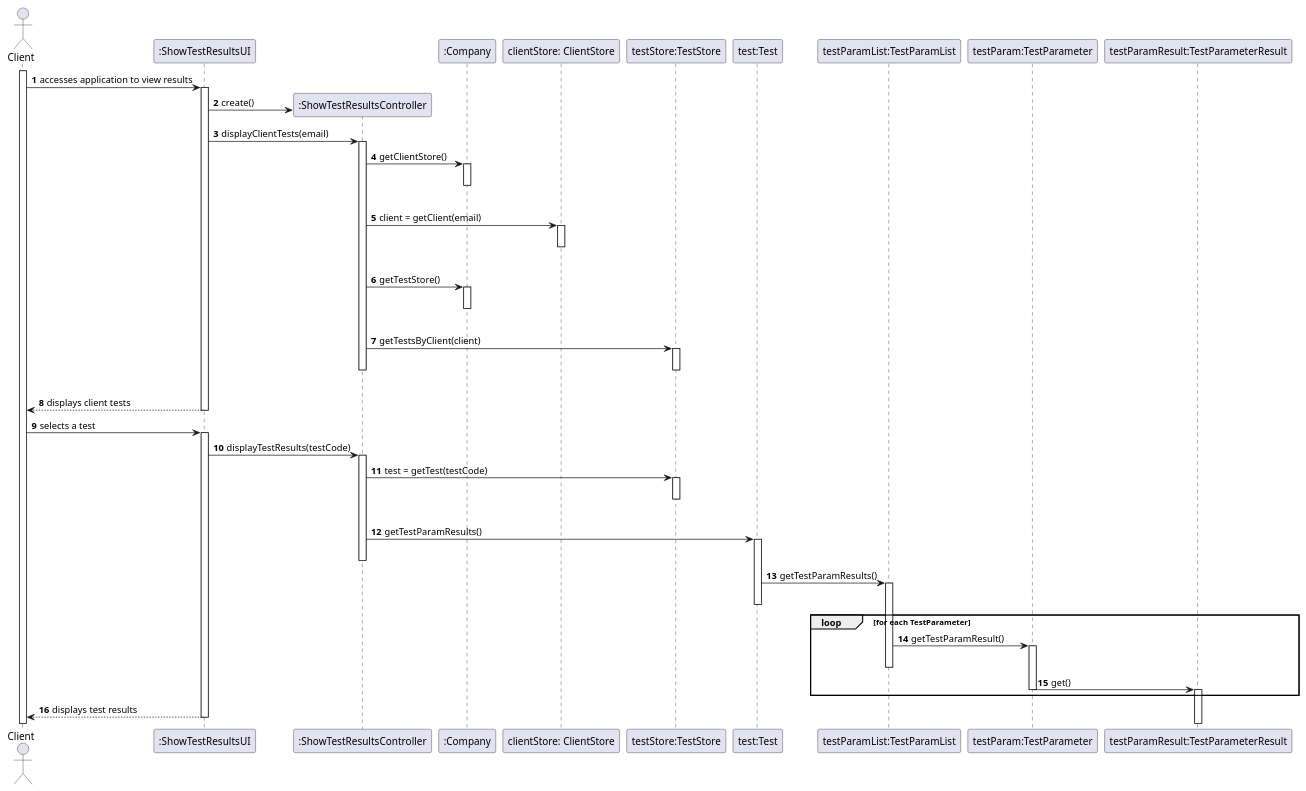
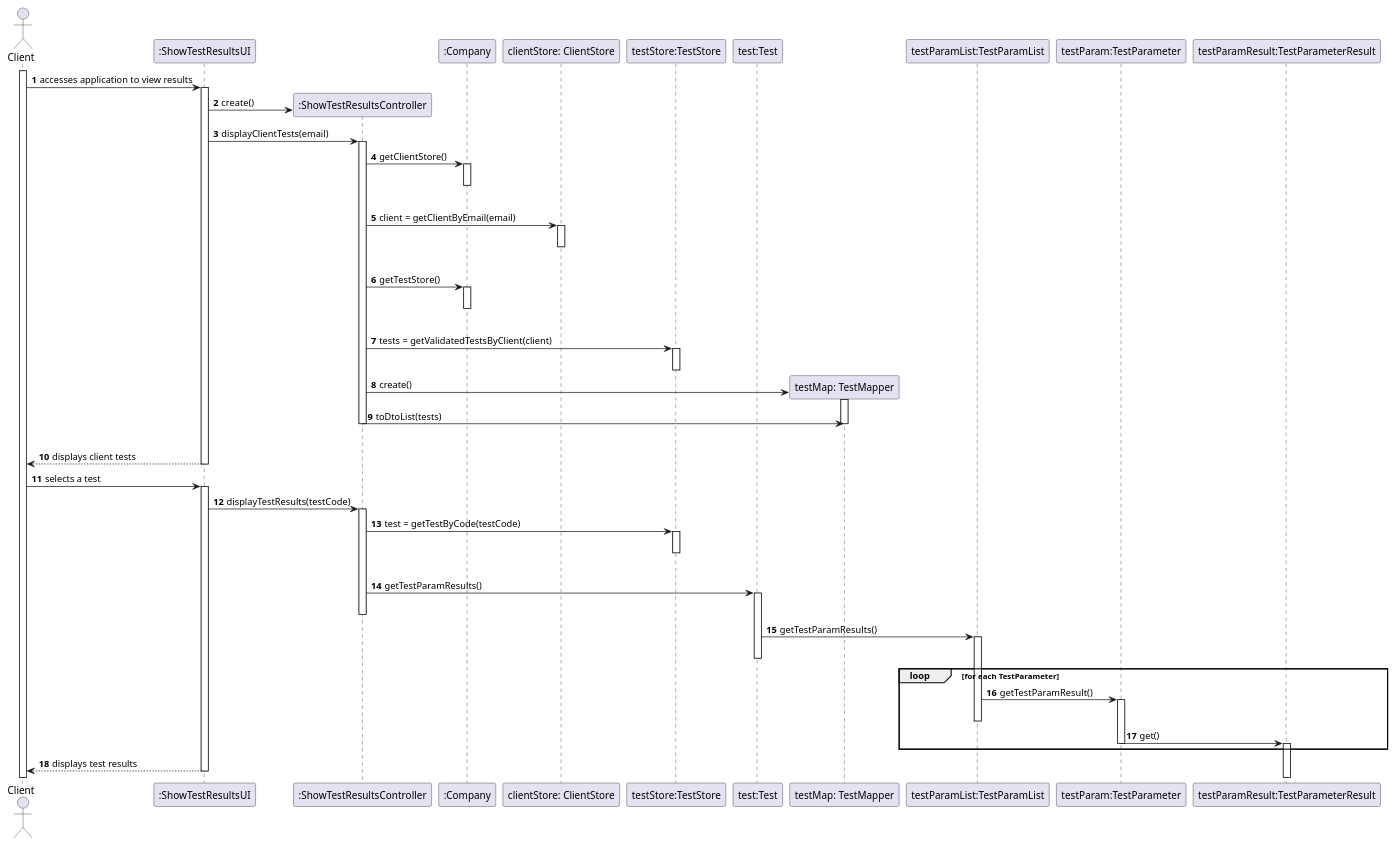
One commit to MadDinosaur/ISEP-LAPR2 changed the diagram in docs/SprintD/US1/US1_SD.puml. Above: the diagram before and after it, drawn with PlantUML. The commit also changed 8 other files, not shown here.

Commit message:
US1 - Code Implementation up until controller

```diff
--- a/docs/SprintD/US1/US1_SD.puml
+++ b/docs/SprintD/US1/US1_SD.puml
@@ -1,66 +1,73 @@
 @startuml
 autonumber
 
 actor Client as cli
 participant ":ShowTestResultsUI" as ui
 participant ":ShowTestResultsController" as controller
 participant ":Company" as company
 participant "clientStore: ClientStore" as cstore
 participant "testStore:TestStore" as tstore
 participant "test:Test" as test
+participant "testMap: TestMapper" as tmap
 participant "testParamList:TestParamList" as testparamls
 participant "testParam:TestParameter" as testparam
 participant "testParamResult:TestParameterResult" as testparamres
 
 activate cli
 cli -> ui : accesses application to view results
 activate ui
 create controller
 ui -> controller : create()
 ui -> controller : displayClientTests(email)
 activate controller
 controller -> company : getClientStore()
 activate company
 |||
 deactivate company
-controller -> cstore : client = getClient(email)
+controller -> cstore : client = getClientByEmail(email)
 activate cstore
 |||
 deactivate cstore
 controller -> company : getTestStore()
 activate company
 |||
 deactivate company
-controller -> tstore : getTestsByClient(client)
+controller -> tstore : tests = getValidatedTestsByClient(client)
 activate tstore
+deactivate tstore
+create tmap
+controller -> tmap : create()
+activate tmap
+controller -> tmap : toDtoList(tests)
+deactivate tmap
 |||
 deactivate tstore
 deactivate controller
 ui --> cli : displays client tests
 deactivate ui
 cli -> ui : selects a test
 activate ui
 ui -> controller : displayTestResults(testCode)
 activate controller
-controller -> tstore : test = getTest(testCode)
+controller -> tstore : test = getTestByCode(testCode)
 activate tstore
 |||
 deactivate tstore
 controller -> test : getTestParamResults()
 activate test
 deactivate controller
 test -> testparamls : getTestParamResults()
 activate testparamls
 deactivate test
 loop for each TestParameter
 testparamls -> testparam : getTestParamResult()
 activate testparam
 deactivate testparamls
 testparam -> testparamres : get()
 deactivate testparam
 activate testparamres
 deactivate testparamres
 end loop
 ui --> cli : displays test results
 deactivate ui
 @enduml
```
